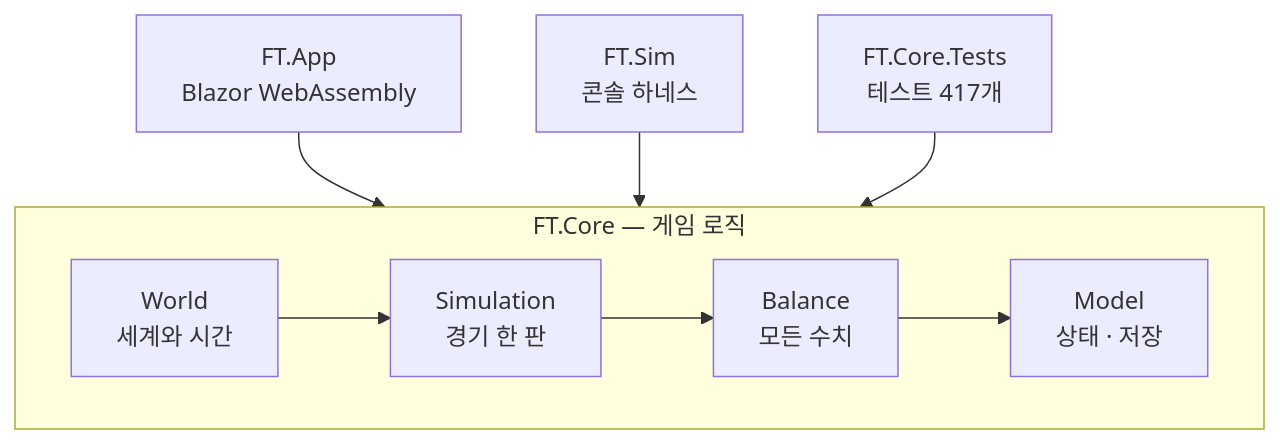
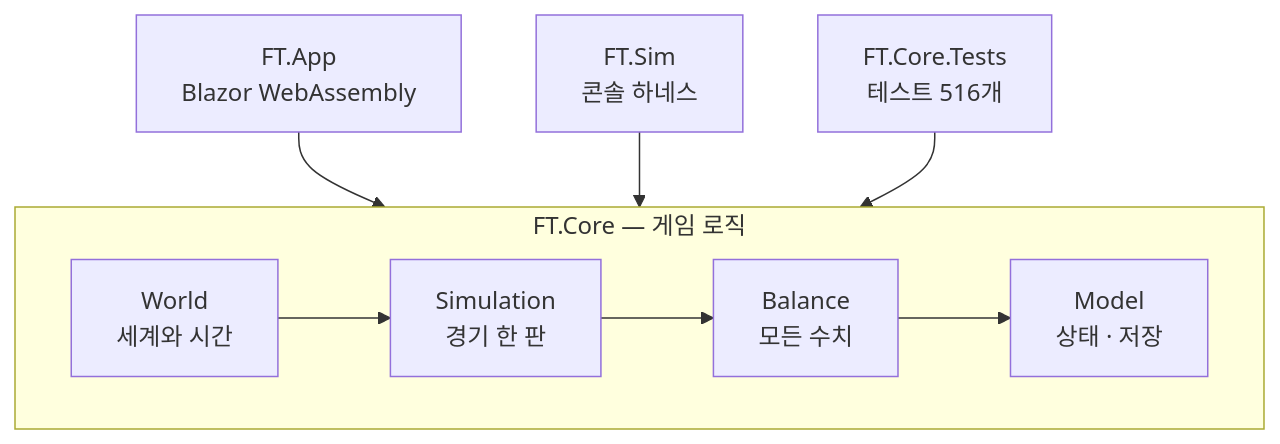
One commit to Sundae-unity-dev/Football-TacticManager changed the second of 2 diagrams in README.md. Above: the diagram before and after it, drawn with Mermaid. The commit also changed other lines of this file and 11 other files, not shown here.

````diff
--- a/README.md
+++ b/README.md
@@ -38,10 +39,10 @@
 ```mermaid
 flowchart TB
   App["FT.App<br/>Blazor WebAssembly"] --> core
   Sim["FT.Sim<br/>콘솔 하네스"] --> core
-  Test["FT.Core.Tests<br/>테스트 417개"] --> core
+  Test["FT.Core.Tests<br/>테스트 516개"] --> core
   subgraph core["FT.Core — 게임 로직"]
     direction LR
     W["World<br/>세계와 시간"] --> S["Simulation<br/>경기 한 판"] --> B["Balance<br/>모든 수치"] --> M["Model<br/>상태 · 저장"]
   end
 ```
````
